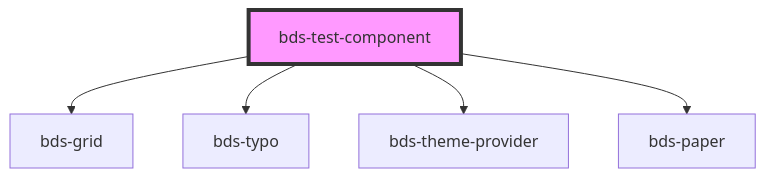
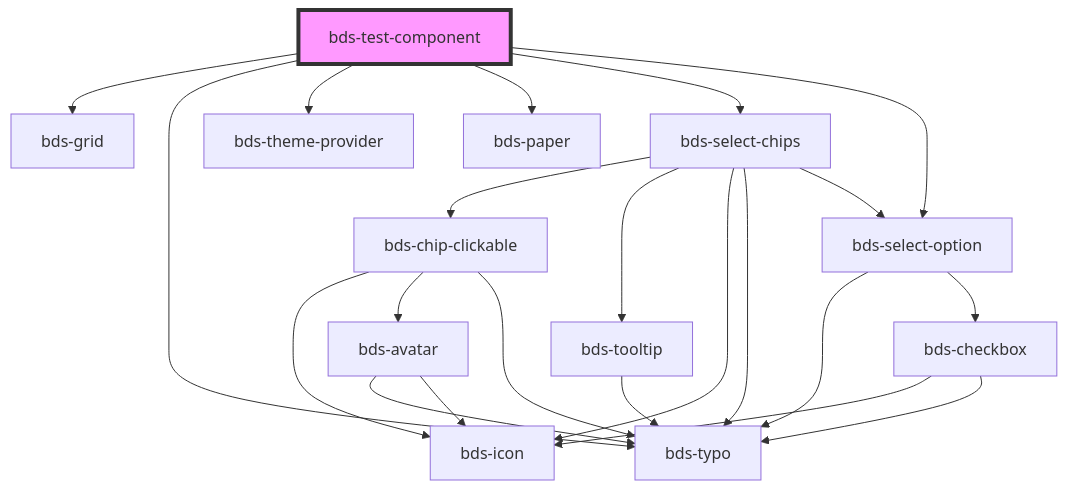
The diagram in src/components/test-component/readme.md (takenet/blip-ds), drawn with Mermaid before and after one commit. The commit also changed other lines of this file and 6 other files, not shown here.

Commit message:
fix(select-chips): fixing select-events

````diff
--- a/src/components/test-component/readme.md
+++ b/src/components/test-component/readme.md
@@ -18,8 +20,25 @@
 ```mermaid
 graph TD;
   bds-test-component --> bds-grid
   bds-test-component --> bds-typo
   bds-test-component --> bds-theme-provider
   bds-test-component --> bds-paper
+  bds-test-component --> bds-select-chips
+  bds-test-component --> bds-select-option
+  bds-select-chips --> bds-chip-clickable
+  bds-select-chips --> bds-tooltip
+  bds-select-chips --> bds-icon
+  bds-select-chips --> bds-typo
+  bds-select-chips --> bds-select-option
+  bds-chip-clickable --> bds-icon
+  bds-chip-clickable --> bds-avatar
+  bds-chip-clickable --> bds-typo
+  bds-avatar --> bds-typo
+  bds-avatar --> bds-icon
+  bds-tooltip --> bds-typo
+  bds-select-option --> bds-typo
+  bds-select-option --> bds-checkbox
+  bds-checkbox --> bds-icon
+  bds-checkbox --> bds-typo
   style bds-test-component fill:#f9f,stroke:#333,stroke-width:4px
 ```
````
